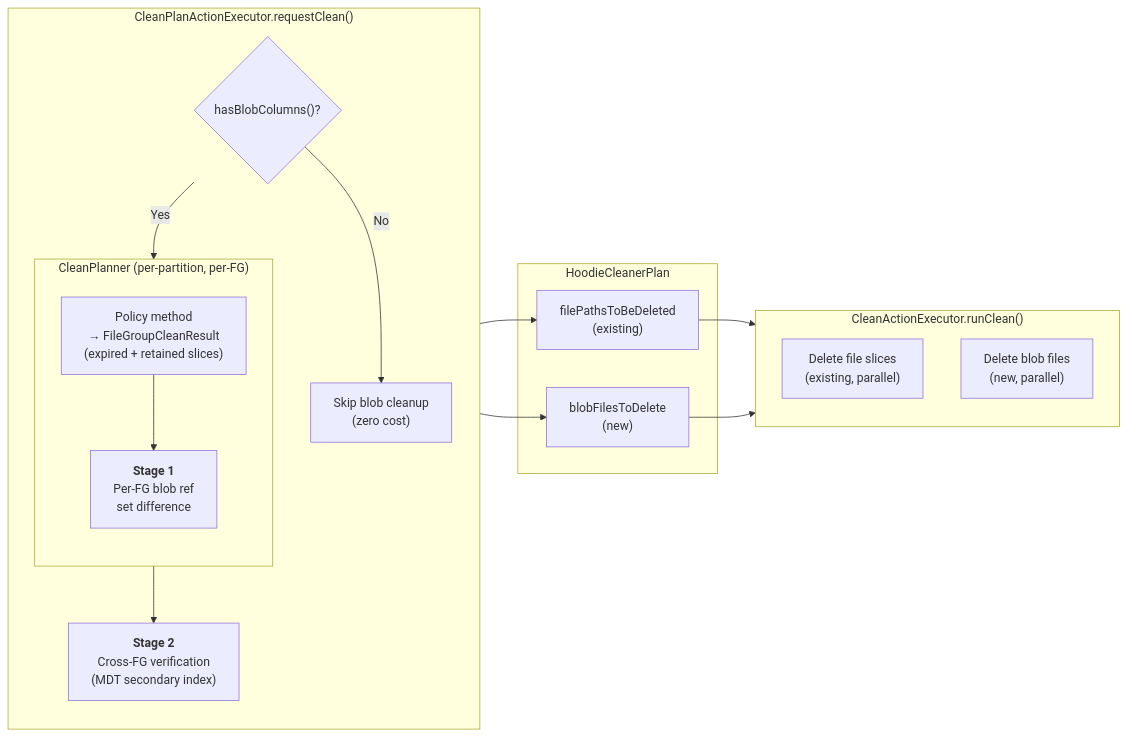
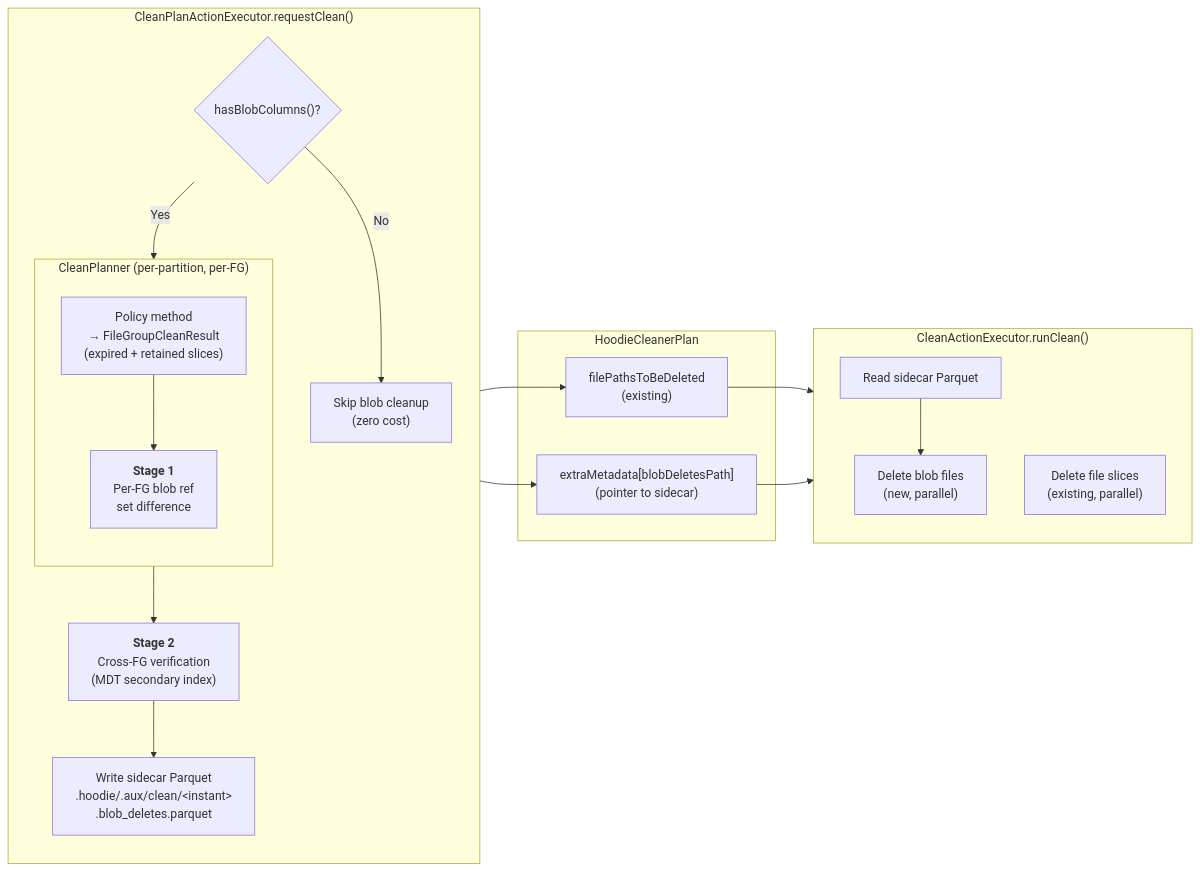
The first of 4 diagrams in rfc/rfc-100/rfc-100-blob-cleaner-design.md (apache/hudi), drawn with Mermaid before and after one commit. The commit also changed other lines of this file, not shown here.

Commit message:
Update RFC to include sidecar parquet file to contain blob delete files

````diff
--- a/rfc/rfc-100/rfc-100-blob-cleaner-design.md
+++ b/rfc/rfc-100/rfc-100-blob-cleaner-design.md
@@ -138,35 +139,38 @@
 ```mermaid
 flowchart LR
     subgraph Planning["CleanPlanActionExecutor.requestClean()"]
         direction TB
         Gate{"hasBlobColumns()?"}
         Gate -- No --> Skip["Skip blob cleanup<br/>(zero cost)"]
         Gate -- Yes --> CP
 
         subgraph CP["CleanPlanner (per-partition, per-FG)"]
             direction TB
             Policy["Policy method<br/>→ FileGroupCleanResult<br/>(expired + retained slices)"]
             S1["<b>Stage 1</b><br/>Per-FG blob ref<br/>set difference"]
             Policy --> S1
         end
 
         S1 --> S2["<b>Stage 2</b><br/>Cross-FG verification<br/>(MDT secondary index)"]
+        S2 --> SC["Write sidecar Parquet<br/>.hoodie/.aux/clean/&lt;instant&gt;<br/>.blob_deletes.parquet"]
     end
 
     subgraph Plan["HoodieCleanerPlan"]
         FP["filePathsToBeDeleted<br/>(existing)"]
-        BP["blobFilesToDelete<br/>(new)"]
+        EM["extraMetadata[blobDeletesPath]<br/>(pointer to sidecar)"]
     end
 
-    S2 --> BP
+    SC --> EM
     CP --> FP
 
     subgraph Execution["CleanActionExecutor.runClean()"]
         direction TB
+        RS["Read sidecar Parquet"]
         DF["Delete file slices<br/>(existing, parallel)"]
         DB["Delete blob files<br/>(new, parallel)"]
+        RS --> DB
     end
 
     FP --> DF
-    BP --> DB
+    EM --> RS
 ```
````
